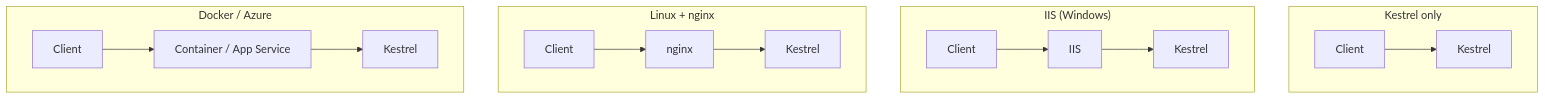
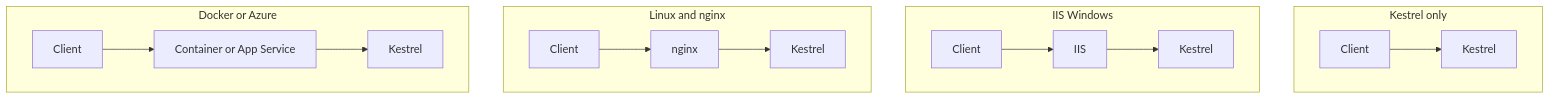
Before and after one commit to sridharpolepalli/dotnet-learn: the second of 6 diagrams in ASP.NET-Core-Hosting-Guide.md, drawn with Mermaid. The commit also changed other lines of this file and 1 other file, not shown here.

Commit message:
fixing the mermaid issues

````diff
--- a/ASP.NET-Core-Hosting-Guide.md
+++ b/ASP.NET-Core-Hosting-Guide.md
@@ -66,29 +66,29 @@
 ```mermaid
 flowchart TB
     subgraph Option1["Kestrel only"]
         K1[Kestrel]
         C1[Client]
         C1 --> K1
     end
 
-    subgraph Option2["IIS (Windows)"]
+    subgraph Option2["IIS Windows"]
         C2[Client]
         IIS[IIS]
         K2[Kestrel]
         C2 --> IIS --> K2
     end
 
-    subgraph Option3["Linux + nginx"]
+    subgraph Option3["Linux and nginx"]
         C3[Client]
         NX[nginx]
         K3[Kestrel]
         C3 --> NX --> K3
     end
 
-    subgraph Option4["Docker / Azure"]
+    subgraph Option4["Docker or Azure"]
         C4[Client]
-        Host[Container / App Service]
+        Host["Container or App Service"]
         K4[Kestrel]
         C4 --> Host --> K4
     end
 ```
````
